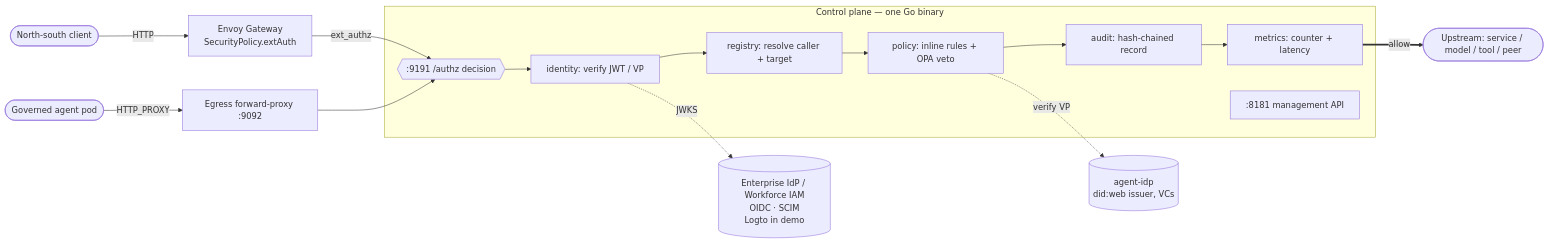
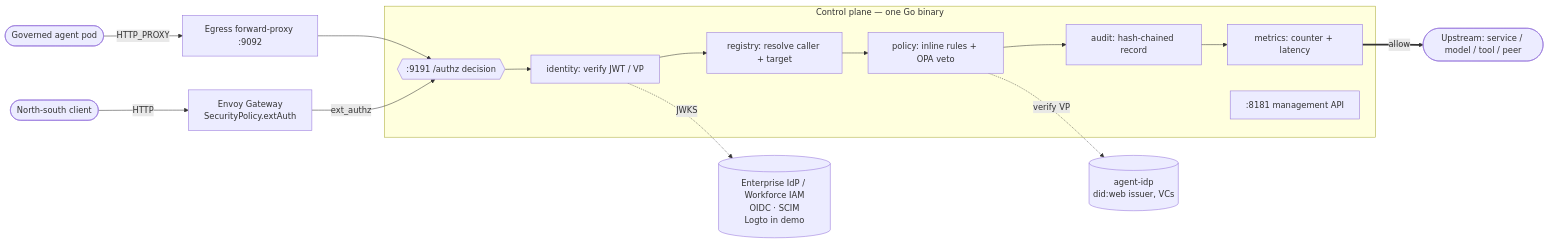
Before and after one commit to rogerchucker/palonexus-web: the diagram in src/content/docs/concepts/architecture.md, drawn with Mermaid. The commit also changed other lines of this file and 25 other files, not shown here.

First line of the commit message:
docs: reposition site around agent egress; add perf + BYO-IdP; DOKS-as-example (#4)

````diff
--- a/src/content/docs/concepts/architecture.md
+++ b/src/content/docs/concepts/architecture.md
@@ -48,29 +51,29 @@
 ```mermaid
 flowchart LR
+  agent([Governed agent pod])
   client([North-south client])
-  agent([Governed agent pod])
 
+  proxy["Egress forward-proxy :9092"]
   gw["Envoy Gateway<br/>SecurityPolicy.extAuth"]
-  proxy["Egress forward-proxy :9092"]
 
   subgraph cp["Control plane — one Go binary"]
     dec{{":9191 /authz decision"}}
     id["identity: verify JWT / VP"]
     reg["registry: resolve caller + target"]
     pol["policy: inline rules + OPA veto"]
     aud["audit: hash-chained record"]
     met["metrics: counter + latency"]
     mgmt[":8181 management API"]
   end
 
   idp[("Enterprise IdP / Workforce IAM<br/>OIDC · SCIM<br/>Logto in demo")]
   aidp[("agent-idp<br/>did:web issuer, VCs")]
   upstream([Upstream: service / model / tool / peer])
 
+  agent -->|HTTP_PROXY| proxy --> dec
   client -->|HTTP| gw -->|ext_authz| dec
-  agent -->|HTTP_PROXY| proxy --> dec
   dec --> id --> reg --> pol --> aud --> met
   id -.JWKS.-> idp
   pol -.verify VP.-> aidp
   met ==>|allow| upstream
 ```
````
